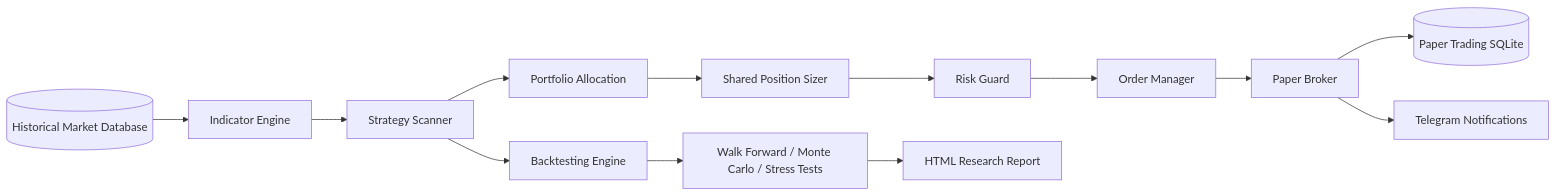
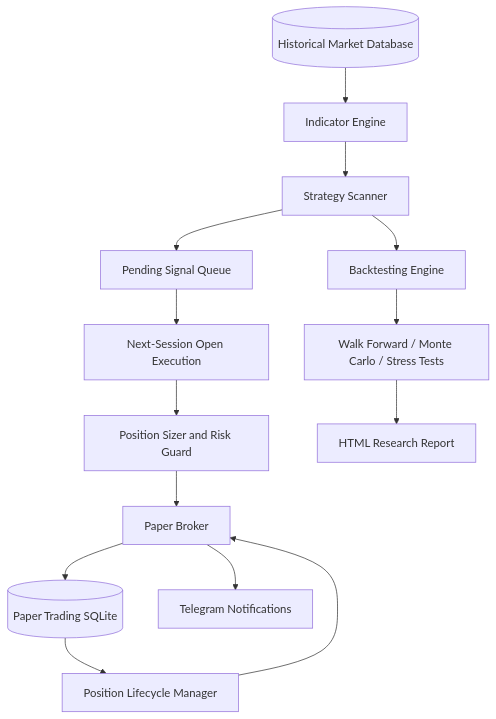
Before and after one commit to dothanhbo/quant-stock: the diagram in README.md, drawn with Mermaid. The commit also changed other lines of this file and 48 other files, not shown here.

````diff
--- a/README.md
+++ b/README.md
@@ -196,17 +208,17 @@
 ```mermaid
-flowchart LR
-    A[(Historical Market Database)]
-    A --> B[Indicator Engine]
+flowchart TD
+    A[(Historical Market Database)] --> B[Indicator Engine]
     B --> C[Strategy Scanner]
-    C --> D[Portfolio Allocation]
-    D --> E[Shared Position Sizer]
-    E --> F[Risk Guard]
-    F --> G[Order Manager]
-    G --> H[Paper Broker]
-    H --> I[(Paper Trading SQLite)]
-    H --> J[Telegram Notifications]
+    C --> D[Pending Signal Queue]
+    D --> E[Next-Session Open Execution]
+    E --> F[Position Sizer and Risk Guard]
+    F --> G[Paper Broker]
+    G --> H[(Paper Trading SQLite)]
+    H --> I[Position Lifecycle Manager]
+    I --> G
+    G --> J[Telegram Notifications]
 
     C --> K[Backtesting Engine]
     K --> L[Walk Forward / Monte Carlo / Stress Tests]
     L --> M[HTML Research Report]
 ```
````
